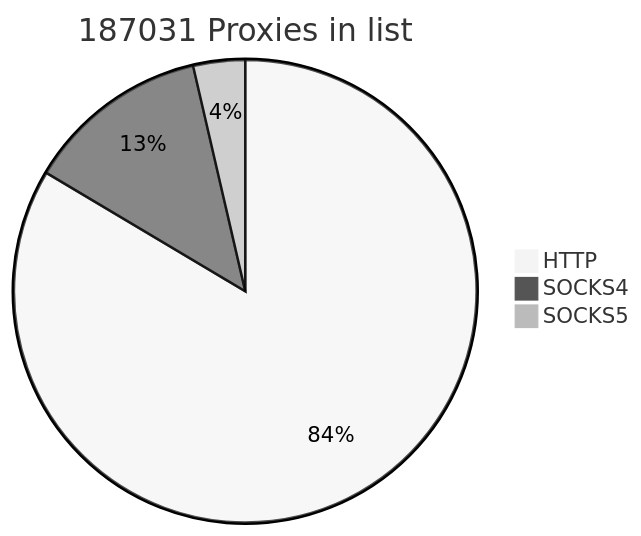
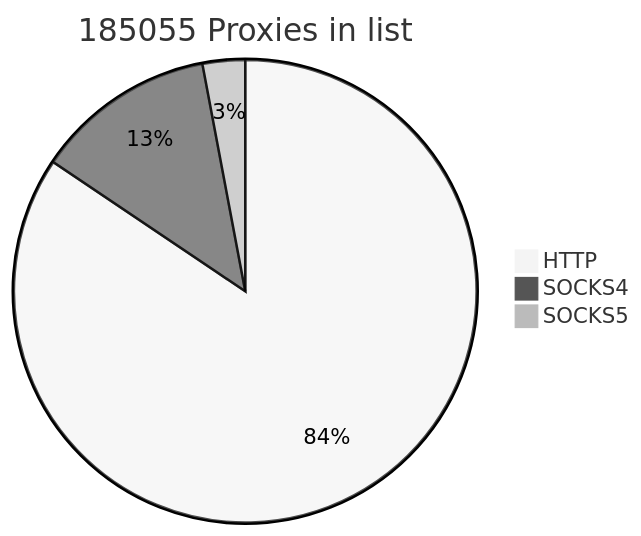
One commit to cutipu/proxylist changed the first of 2 diagrams in README.md. Above: the diagram before and after it, drawn with Mermaid (neutral theme). The commit also changed other lines of this file, not shown here.

````diff
--- a/README.md
+++ b/README.md
@@ -2,7 +2,7 @@
 ```mermaid
-pie title 187031 Proxies in list
-    "HTTP" : 156259
-    "SOCKS4" : 23999
-    "SOCKS5" : 6773
+pie title 185055 Proxies in list
+    "HTTP" : 156236
+    "SOCKS4" : 23327
+    "SOCKS5" : 5492
             
 ```
````
